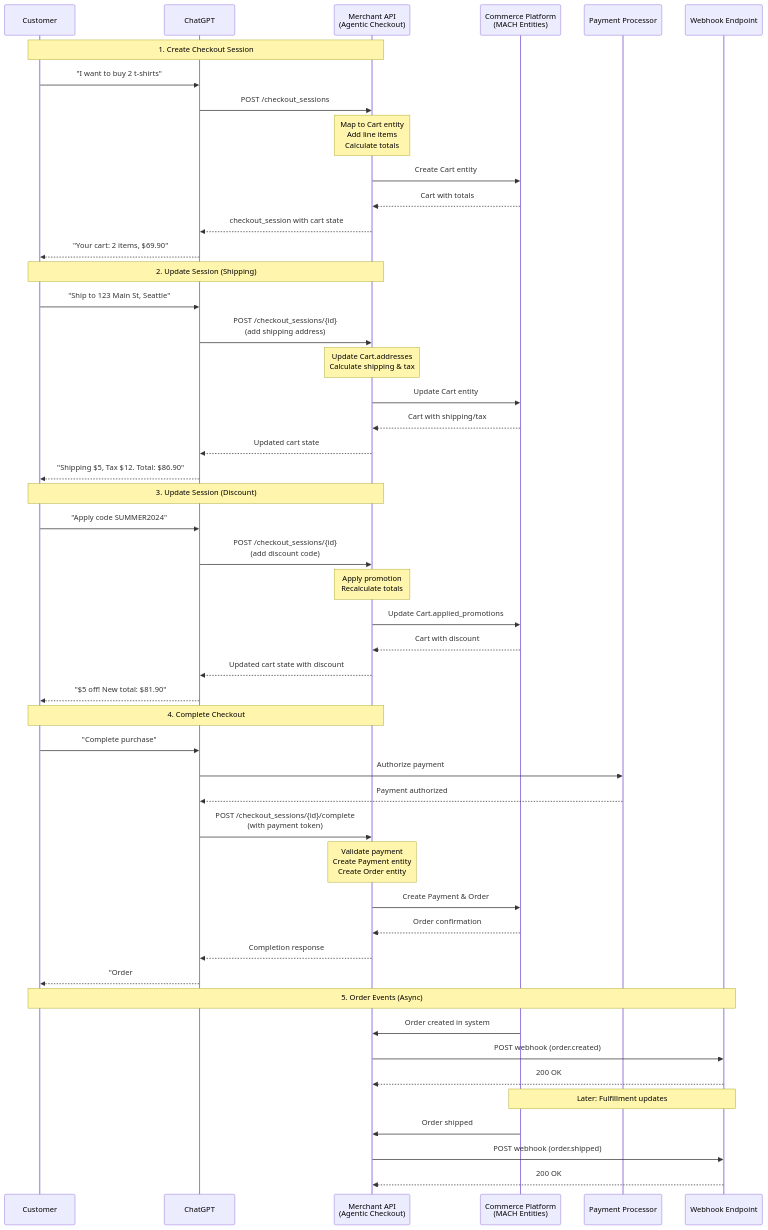
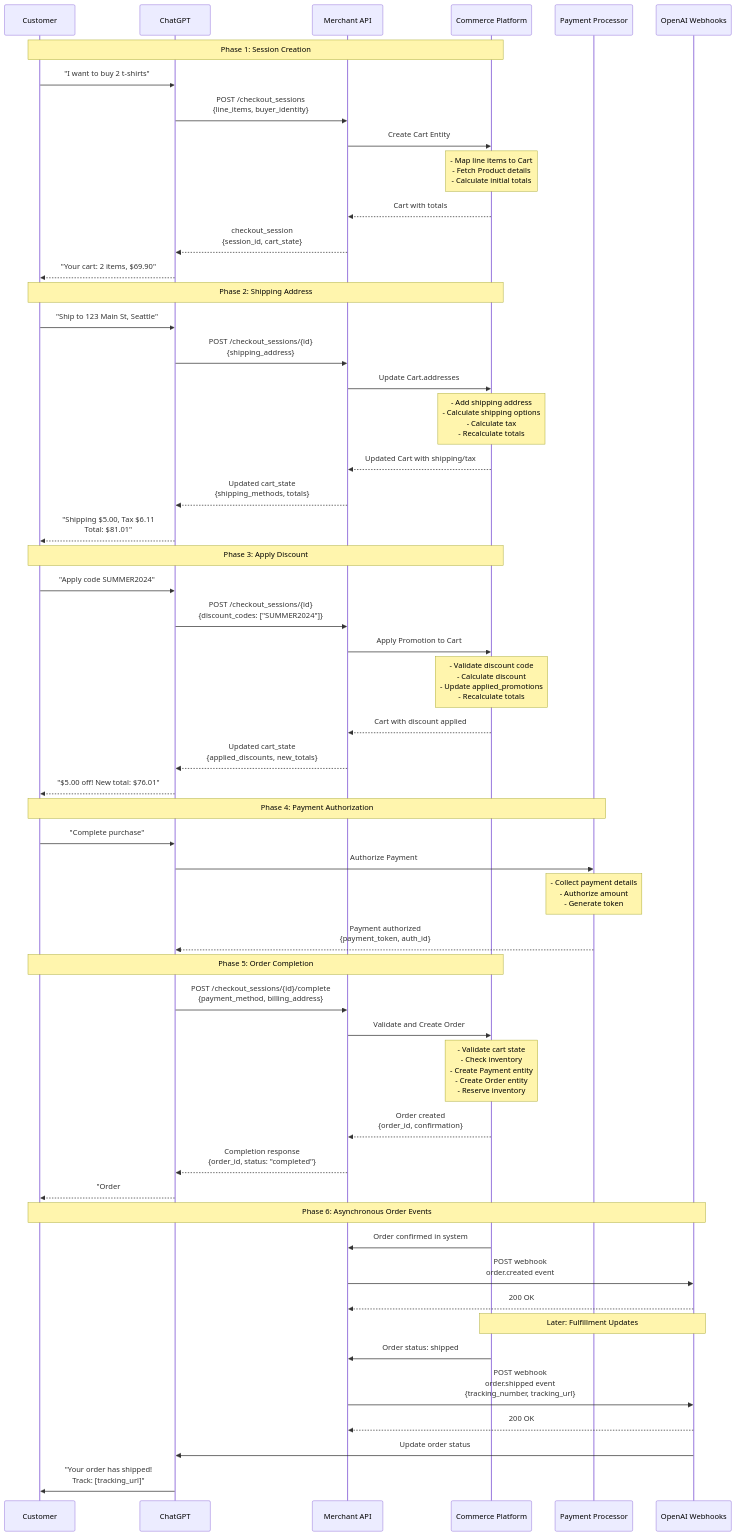
One commit to machalliance/standards changed the first of 3 diagrams in models/recipes/openai-checkout-flow.md. Above: the diagram before and after it, drawn with Mermaid. The commit also changed other lines of this file, not shown here.

Commit message:
Updated to concentrate on concepts and remove javascript code examples

````diff
--- a/models/recipes/openai-checkout-flow.md
+++ b/models/recipes/openai-checkout-flow.md
@@ -186,57 +166,71 @@
 ```mermaid
 sequenceDiagram
-    participant U as Customer
-    participant AI as ChatGPT
-    participant API as Merchant API<br/>(Agentic Checkout)
-    participant CP as Commerce Platform<br/>(MACH Entities)
-    participant PAY as Payment Processor
-    participant WH as Webhook Endpoint
+    participant Customer
+    participant ChatGPT
+    participant Merchant API
+    participant Commerce Platform
+    participant Payment Processor
+    participant OpenAI Webhooks
 
-    Note over U,API: 1. Create Checkout Session
-    U->>AI: "I want to buy 2 t-shirts"
-    AI->>API: POST /checkout_sessions
-    Note over API: Map to Cart entity<br/>Add line items<br/>Calculate totals
-    API->>CP: Create Cart entity
-    CP-->>API: Cart with totals
-    API-->>AI: checkout_session with cart state
-    AI-->>U: "Your cart: 2 items, $69.90"
+    Note over Customer,Commerce Platform: Phase 1: Session Creation
+    Customer->>ChatGPT: "I want to buy 2 t-shirts"
+    ChatGPT->>Merchant API: POST /checkout_sessions<br/>{line_items, buyer_identity}
+    
+    Merchant API->>Commerce Platform: Create Cart Entity
+    Note over Commerce Platform: - Map line items to Cart<br/>- Fetch Product details<br/>- Calculate initial totals
+    Commerce Platform-->>Merchant API: Cart with totals
+    
+    Merchant API-->>ChatGPT: checkout_session<br/>{session_id, cart_state}
+    ChatGPT-->>Customer: "Your cart: 2 items, $69.90"
 
-    Note over U,API: 2. Update Session (Shipping)
-    U->>AI: "Ship to 123 Main St, Seattle"
-    AI->>API: POST /checkout_sessions/{id}<br/>(add shipping address)
-    Note over API: Update Cart.addresses<br/>Calculate shipping & tax
-    API->>CP: Update Cart entity
-    CP-->>API: Cart with shipping/tax
-    API-->>AI: Updated cart state
-    AI-->>U: "Shipping $5, Tax $12. Total: $86.90"
+    Note over Customer,Commerce Platform: Phase 2: Shipping Address
+    Customer->>ChatGPT: "Ship to 123 Main St, Seattle"
+    ChatGPT->>Merchant API: POST /checkout_sessions/{id}<br/>{shipping_address}
+    
+    Merchant API->>Commerce Platform: Update Cart.addresses
+    Note over Commerce Platform: - Add shipping address<br/>- Calculate shipping options<br/>- Calculate tax<br/>- Recalculate totals
+    Commerce Platform-->>Merchant API: Updated Cart with shipping/tax
+    
+    Merchant API-->>ChatGPT: Updated cart_state<br/>{shipping_methods, totals}
+    ChatGPT-->>Customer: "Shipping $5.00, Tax $6.11<br/>Total: $81.01"
 
-    Note over U,API: 3. Update Session (Discount)
-    U->>AI: "Apply code SUMMER2024"
-    AI->>API: POST /checkout_sessions/{id}<br/>(add discount code)
-    Note over API: Apply promotion<br/>Recalculate totals
-    API->>CP: Update Cart.applied_promotions
-    CP-->>API: Cart with discount
-    API-->>AI: Updated cart state with discount
-    AI-->>U: "$5 off! New total: $81.90"
+    Note over Customer,Commerce Platform: Phase 3: Apply Discount
+    Customer->>ChatGPT: "Apply code SUMMER2024"
+    ChatGPT->>Merchant API: POST /checkout_sessions/{id}<br/>{discount_codes: ["SUMMER2024"]}
+    
+    Merchant API->>Commerce Platform: Apply Promotion to Cart
+    Note over Commerce Platform: - Validate discount code<br/>- Calculate discount<br/>- Update applied_promotions<br/>- Recalculate totals
+    Commerce Platform-->>Merchant API: Cart with discount applied
+    
+    Merchant API-->>ChatGPT: Updated cart_state<br/>{applied_discounts, new_totals}
+    ChatGPT-->>Customer: "$5.00 off! New total: $76.01"
 
-    Note over U,API: 4. Complete Checkout
-    U->>AI: "Complete purchase"
-    AI->>PAY: Authorize payment
-    PAY-->>AI: Payment authorized
-    AI->>API: POST /checkout_sessions/{id}/complete<br/>(with payment token)
-    Note over API: Validate payment<br/>Create Payment entity<br/>Create Order entity
-    API->>CP: Create Payment & Order
-    CP-->>API: Order confirmation
-    API-->>AI: Completion response
-    AI-->>U: "Order #12345 confirmed!"
+    Note over Customer,Payment Processor: Phase 4: Payment Authorization
+    Customer->>ChatGPT: "Complete purchase"
+    ChatGPT->>Payment Processor: Authorize Payment
+    Note over Payment Processor: - Collect payment details<br/>- Authorize amount<br/>- Generate token
+    Payment Processor-->>ChatGPT: Payment authorized<br/>{payment_token, auth_id}
 
-    Note over U,WH: 5. Order Events (Async)
-    CP->>API: Order created in system
-    API->>WH: POST webhook (order.created)
-    WH-->>API: 200 OK
+    Note over Customer,Commerce Platform: Phase 5: Order Completion
+    ChatGPT->>Merchant API: POST /checkout_sessions/{id}/complete<br/>{payment_method, billing_address}
     
-    Note over CP,WH: Later: Fulfillment updates
-    CP->>API: Order shipped
-    API->>WH: POST webhook (order.shipped)
-    WH-->>API: 200 OK
+    Merchant API->>Commerce Platform: Validate and Create Order
+    Note over Commerce Platform: - Validate cart state<br/>- Check inventory<br/>- Create Payment entity<br/>- Create Order entity<br/>- Reserve inventory
+    Commerce Platform-->>Merchant API: Order created<br/>{order_id, confirmation}
+    
+    Merchant API-->>ChatGPT: Completion response<br/>{order_id, status: "completed"}
+    ChatGPT-->>Customer: "Order #12345 confirmed!<br/>Estimated delivery: Oct 15"
+
+    Note over Customer,OpenAI Webhooks: Phase 6: Asynchronous Order Events
+    Commerce Platform->>Merchant API: Order confirmed in system
+    Merchant API->>OpenAI Webhooks: POST webhook<br/>order.created event
+    OpenAI Webhooks-->>Merchant API: 200 OK
+    
+    Note over Commerce Platform,OpenAI Webhooks: Later: Fulfillment Updates
+    Commerce Platform->>Merchant API: Order status: shipped
+    Merchant API->>OpenAI Webhooks: POST webhook<br/>order.shipped event<br/>{tracking_number, tracking_url}
+    OpenAI Webhooks-->>Merchant API: 200 OK
+    
+    OpenAI Webhooks->>ChatGPT: Update order status
+    ChatGPT->>Customer: "Your order has shipped!<br/>Track: [tracking_url]"
 ```
````
